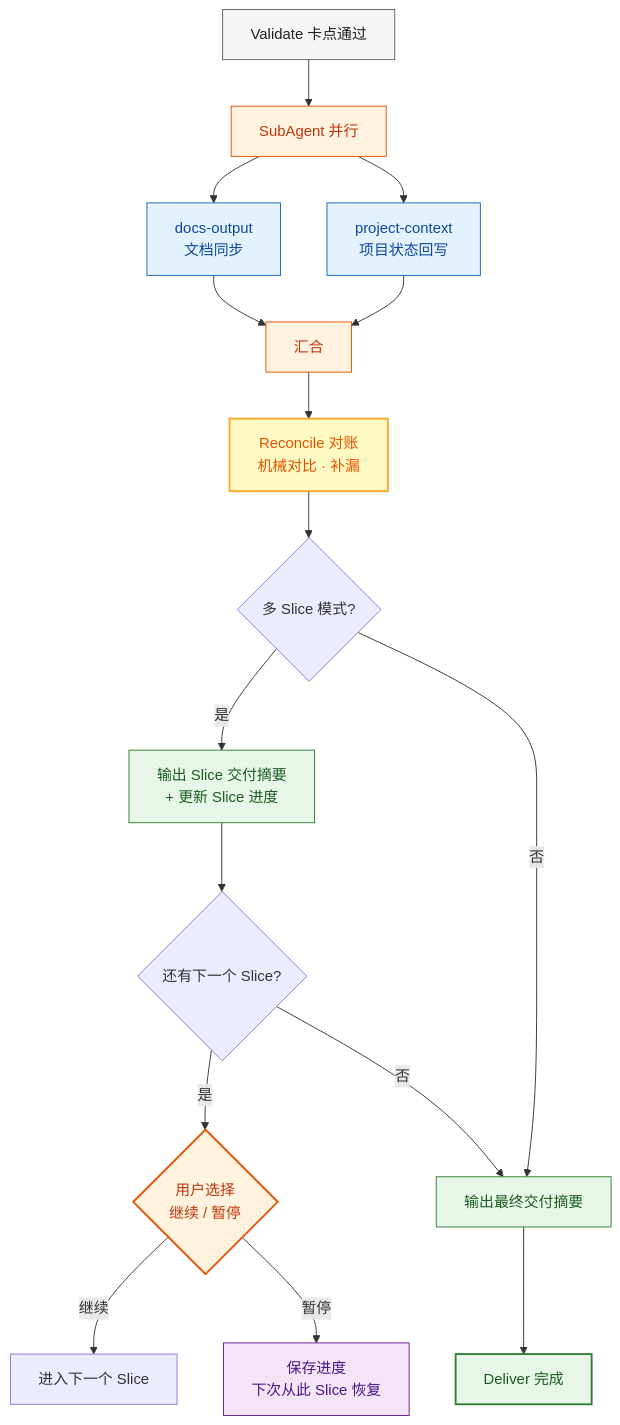
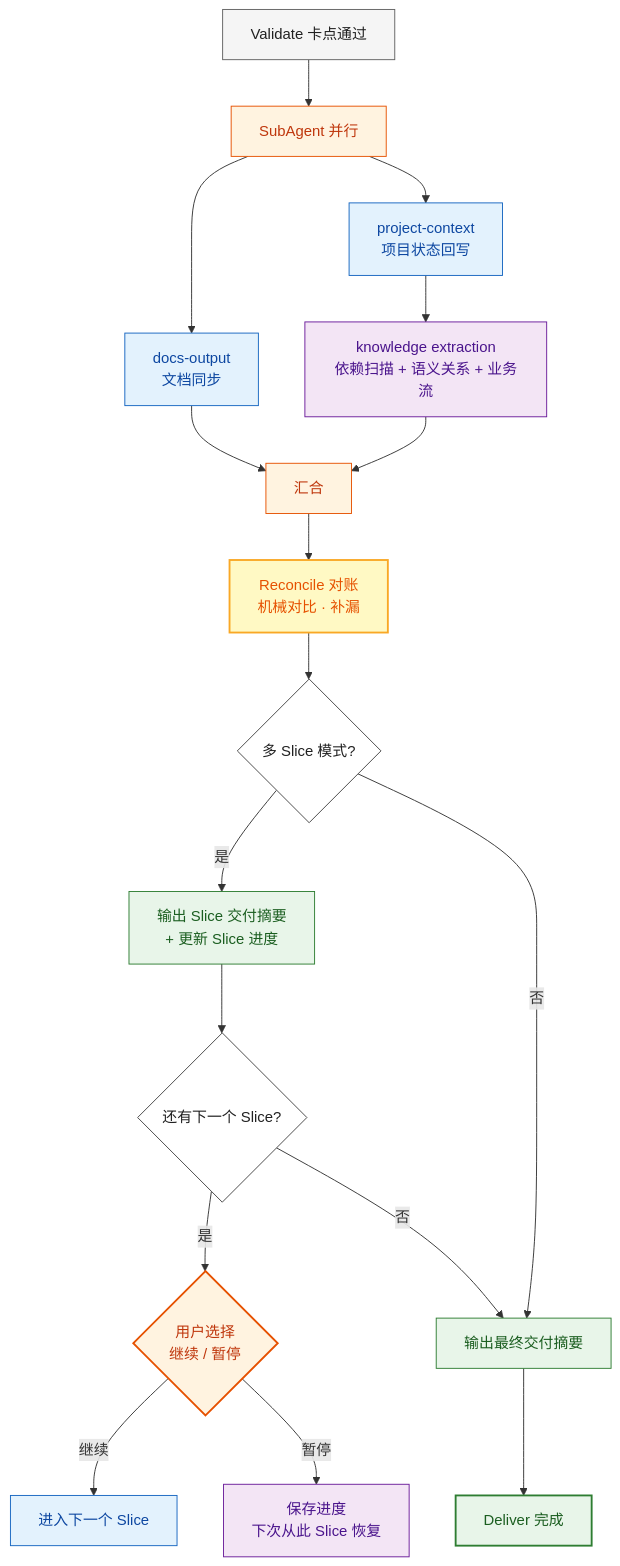
Before and after one commit to YuluoY/Ironweave: the diagram in skills/orchestrator/references/deliver.md, drawn with Mermaid. The commit also changed other lines of this file and 16 other files, not shown here.

First line of the commit message:
feat: knowledge graph persistence + mechanical Deliver checklist

````diff
--- a/skills/orchestrator/references/deliver.md
+++ b/skills/orchestrator/references/deliver.md
@@ -5,30 +5,35 @@
 ```mermaid
 graph TB
     DELIVER_IN["Validate 卡点通过"] --> PARALLEL["SubAgent 并行"]
     PARALLEL --> DOCS_FINAL["docs-output<br>文档同步"]
     PARALLEL --> CTX_SYNC["project-context<br>项目状态回写"]
+    CTX_SYNC --> KNOW["knowledge extraction<br>依赖扫描 + 语义关系 + 业务流"]
     DOCS_FINAL --> JOIN["汇合"]
-    CTX_SYNC --> JOIN
+    KNOW --> JOIN
     JOIN --> RECONCILE["Reconcile 对账<br>机械对比 · 补漏"]
     RECONCILE --> SLICE_CHK{"多 Slice 模式?"}
     SLICE_CHK -->|"是"| SLICE_SUM["输出 Slice 交付摘要<br>+ 更新 Slice 进度"]
     SLICE_CHK -->|"否"| FINAL_SUM["输出最终交付摘要"]
     SLICE_SUM --> NEXT{"还有下一个 Slice?"}
     NEXT -->|"是"| PAUSE{"用户选择<br>继续 / 暂停"}
     NEXT -->|"否"| FINAL_SUM
     PAUSE -->|"继续"| LOOP["进入下一个 Slice"]
     PAUSE -->|"暂停"| SAVE["保存进度<br>下次从此 Slice 恢复"]
     FINAL_SUM --> DONE["Deliver 完成"]
 
     style DELIVER_IN fill:#f5f5f5,stroke:#616161,color:#212121
     style PARALLEL fill:#fff3e0,stroke:#e65100,color:#bf360c
     style DOCS_FINAL fill:#e3f2fd,stroke:#1565c0,color:#0d47a1
     style CTX_SYNC fill:#e3f2fd,stroke:#1565c0,color:#0d47a1
+    style KNOW fill:#f3e5f5,stroke:#6a1b9a,color:#4a148c
     style JOIN fill:#fff3e0,stroke:#e65100,color:#bf360c
     style RECONCILE fill:#fff9c4,stroke:#f9a825,color:#e65100,stroke-width:2px
     style SLICE_SUM fill:#e8f5e9,stroke:#2e7d32,color:#1b5e20
     style FINAL_SUM fill:#e8f5e9,stroke:#2e7d32,color:#1b5e20
     style DONE fill:#e8f5e9,stroke:#2e7d32,color:#1b5e20,stroke-width:2px
     style PAUSE fill:#fff3e0,stroke:#e65100,color:#bf360c,stroke-width:2px
     style SAVE fill:#f3e5f5,stroke:#6a1b9a,color:#4a148c
+    style SLICE_CHK fill:#ffffff,stroke:#424242,color:#212121
+    style NEXT fill:#ffffff,stroke:#424242,color:#212121
+    style LOOP fill:#e3f2fd,stroke:#1565c0,color:#0d47a1
 ```
````
